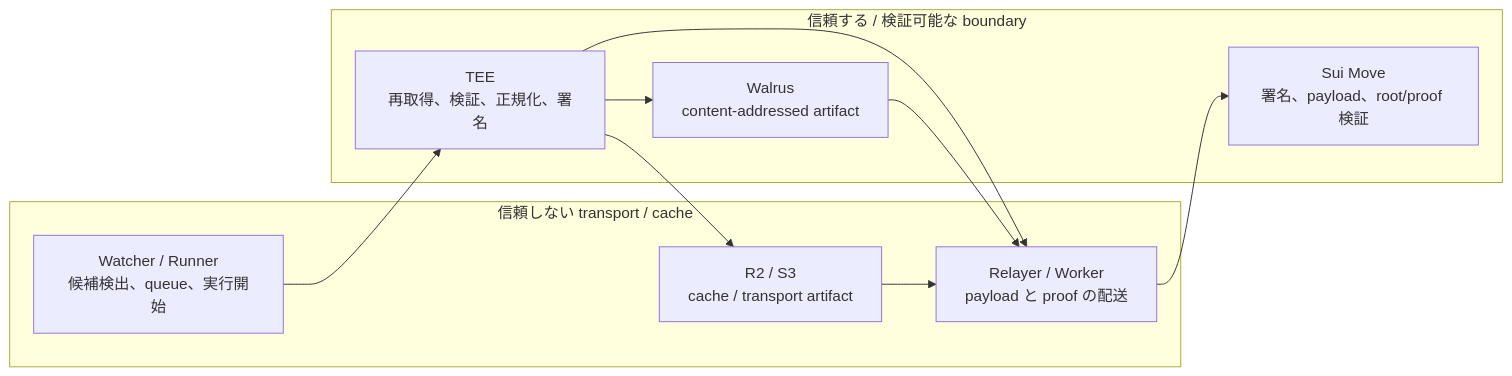
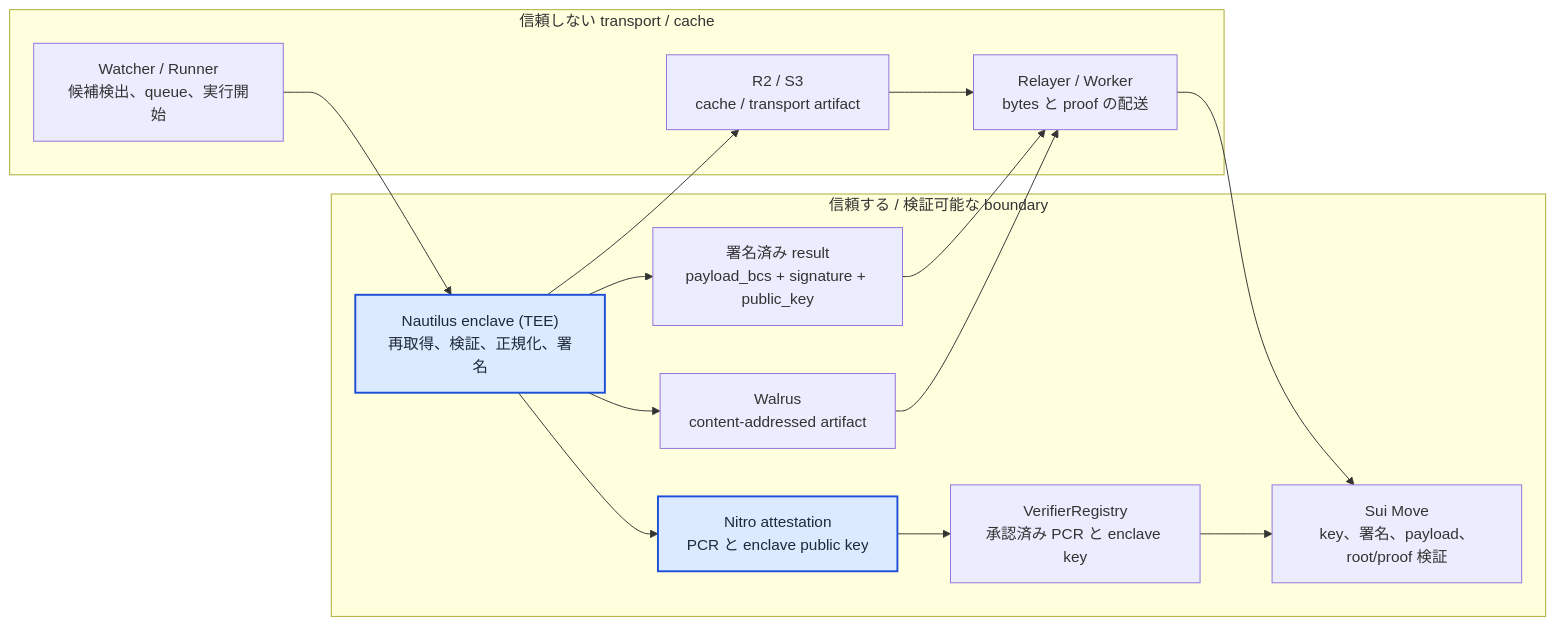
Before and after one commit to UnagiLabs/Sonari: the second of 2 diagrams in nautilus/verifiers/README.md, drawn with Mermaid. The commit also changed other lines of this file, not shown here.

````diff
--- a/nautilus/verifiers/README.md
+++ b/nautilus/verifiers/README.md
@@ -153,29 +230,42 @@
 ```mermaid
 flowchart LR
   watcher["Watcher / Runner<br/>候補検出、queue、実行開始"]
-  tee["TEE<br/>再取得、検証、正規化、署名"]
-  relayer["Relayer / Worker<br/>payload と proof の配送"]
+  tee["Nautilus enclave (TEE)<br/>再取得、検証、正規化、署名"]
+  signed["署名済み result<br/>payload_bcs + signature + public_key"]
+  attestation["Nitro attestation<br/>PCR と enclave public key"]
+  registry["VerifierRegistry<br/>承認済み PCR と enclave key"]
+  relayer["Relayer / Worker<br/>bytes と proof の配送"]
   walrus["Walrus<br/>content-addressed artifact"]
   cache["R2 / S3<br/>cache / transport artifact"]
-  sui["Sui Move<br/>署名、payload、root/proof 検証"]
+  sui["Sui Move<br/>key、署名、payload、root/proof 検証"]
 
   watcher --> tee
-  tee --> relayer
+  tee --> signed
+  tee --> attestation
+  attestation --> registry
+  signed --> relayer
   tee --> walrus
   tee --> cache
   walrus --> relayer
   cache --> relayer
   relayer --> sui
+  registry --> sui
 
   subgraph untrusted["信頼しない transport / cache"]
     watcher
     relayer
     cache
   end
 
   subgraph trusted["信頼する / 検証可能な boundary"]
     tee
+    signed
+    attestation
+    registry
     walrus
     sui
   end
+
+  classDef nautilus fill:#dbeafe,stroke:#1d4ed8,stroke-width:2px,color:#1e293b;
+  class tee,attestation nautilus;
 ```
````
